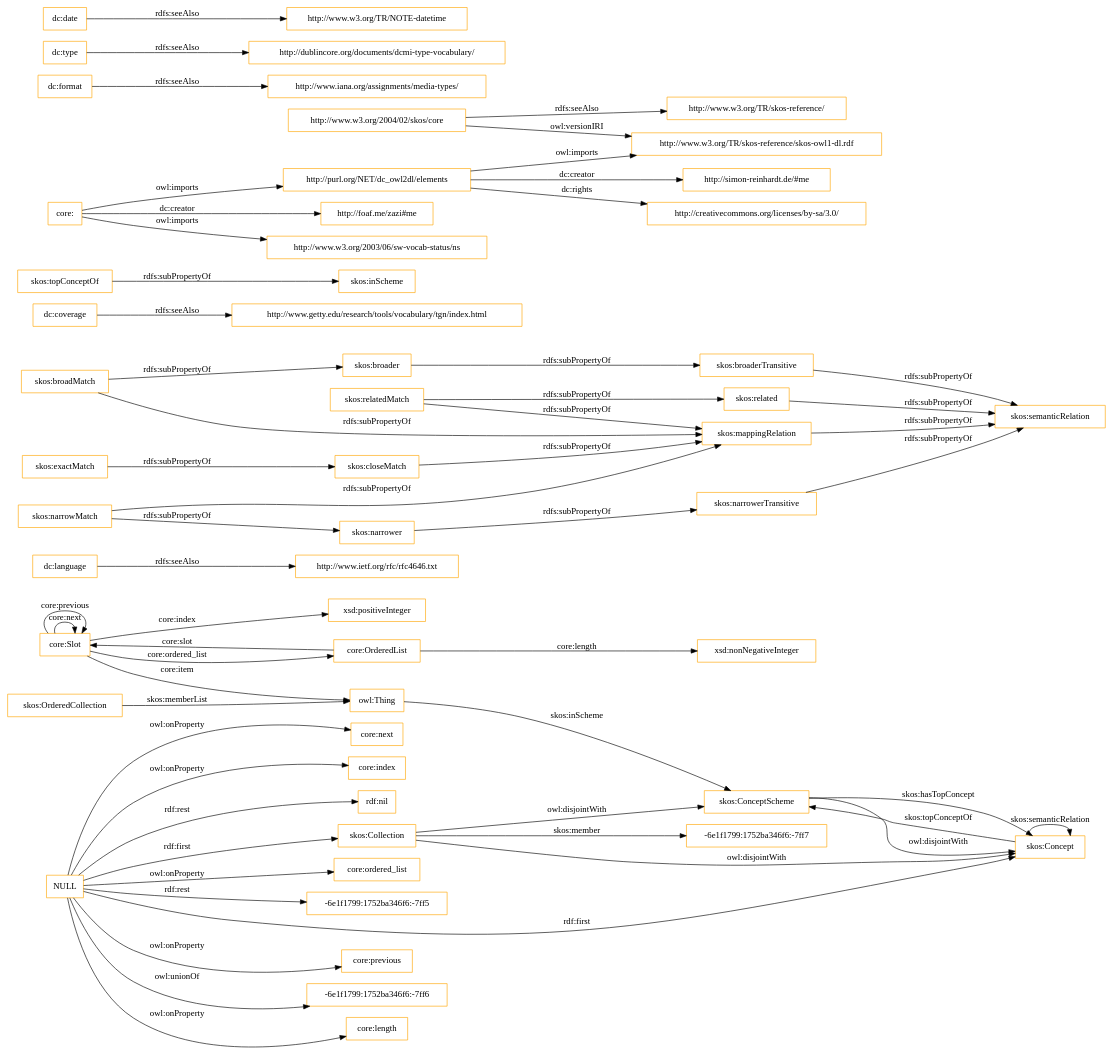
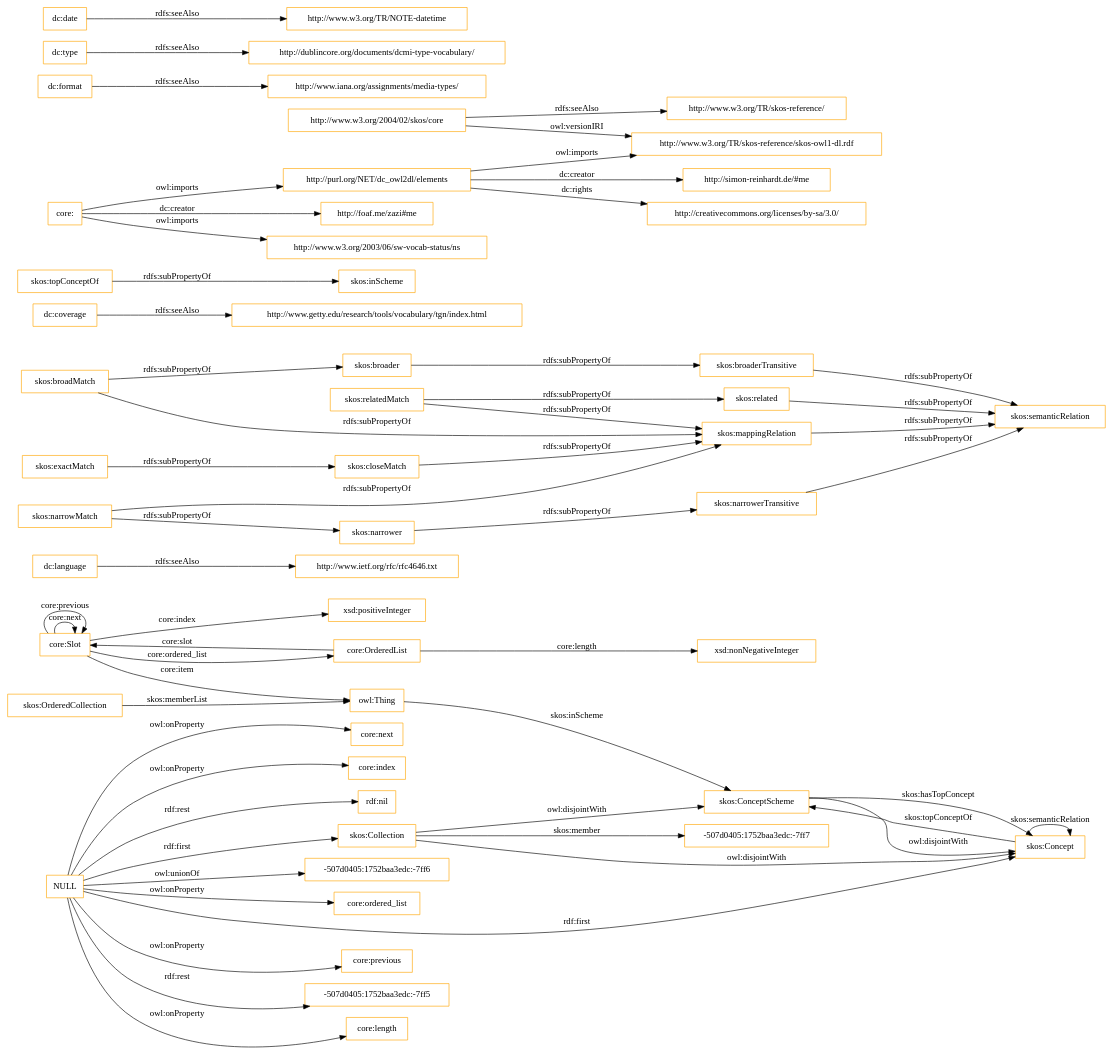
The diagram in OnToology/imports/core.owl/diagrams/ar2dtool-class/core.owl.png.dot (OnToologyUser/core-ontology-1), drawn with Graphviz before and after one commit. The commit also changed 14 other files, not shown here.

```diff
--- a/OnToology/imports/core.owl/diagrams/ar2dtool-class/core.owl.png.dot
+++ b/OnToology/imports/core.owl/diagrams/ar2dtool-class/core.owl.png.dot
@@ -1,60 +1,60 @@
 digraph ar2dtool_diagram { 
 rankdir=LR;
 size="1501"
-node [shape = rectangle, color="orange"]; "core:Slot" "core:OrderedList" "-6e1f1799:1752ba346f6:-7ff7" "skos:OrderedCollection" "skos:Collection" "skos:ConceptScheme" "skos:Concept" ; /*classes style*/
+node [shape = rectangle, color="orange"]; "core:Slot" "core:OrderedList" "-507d0405:1752baa3edc:-7ff7" "skos:OrderedCollection" "skos:Collection" "skos:ConceptScheme" "skos:Concept" ; /*classes style*/
 	"dc:language" -> "http://www.ietf.org/rfc/rfc4646.txt" [ label = "rdfs:seeAlso" ];
 	"NULL" -> "core:previous" [ label = "owl:onProperty" ];
-	"NULL" -> "-6e1f1799:1752ba346f6:-7ff6" [ label = "owl:unionOf" ];
+	"NULL" -> "-507d0405:1752baa3edc:-7ff5" [ label = "rdf:rest" ];
 	"NULL" -> "core:length" [ label = "owl:onProperty" ];
 	"NULL" -> "skos:Concept" [ label = "rdf:first" ];
 	"NULL" -> "core:next" [ label = "owl:onProperty" ];
 	"NULL" -> "core:index" [ label = "owl:onProperty" ];
 	"NULL" -> "rdf:nil" [ label = "rdf:rest" ];
+	"NULL" -> "-507d0405:1752baa3edc:-7ff6" [ label = "owl:unionOf" ];
 	"NULL" -> "core:ordered_list" [ label = "owl:onProperty" ];
-	"NULL" -> "-6e1f1799:1752ba346f6:-7ff5" [ label = "rdf:rest" ];
 	"NULL" -> "skos:Collection" [ label = "rdf:first" ];
 	"skos:closeMatch" -> "skos:mappingRelation" [ label = "rdfs:subPropertyOf" ];
 	"dc:coverage" -> "http://www.getty.edu/research/tools/vocabulary/tgn/index.html" [ label = "rdfs:seeAlso" ];
 	"skos:relatedMatch" -> "skos:related" [ label = "rdfs:subPropertyOf" ];
 	"skos:relatedMatch" -> "skos:mappingRelation" [ label = "rdfs:subPropertyOf" ];
 	"skos:ConceptScheme" -> "skos:Concept" [ label = "owl:disjointWith" ];
 	"skos:related" -> "skos:semanticRelation" [ label = "rdfs:subPropertyOf" ];
 	"skos:topConceptOf" -> "skos:inScheme" [ label = "rdfs:subPropertyOf" ];
 	"skos:broadMatch" -> "skos:broader" [ label = "rdfs:subPropertyOf" ];
 	"skos:broadMatch" -> "skos:mappingRelation" [ label = "rdfs:subPropertyOf" ];
 	"http://purl.org/NET/dc_owl2dl/elements" -> "http://www.w3.org/TR/skos-reference/skos-owl1-dl.rdf" [ label = "owl:imports" ];
 	"http://purl.org/NET/dc_owl2dl/elements" -> "http://creativecommons.org/licenses/by-sa/3.0/" [ label = "dc:rights" ];
 	"http://purl.org/NET/dc_owl2dl/elements" -> "http://simon-reinhardt.de/#me" [ label = "dc:creator" ];
 	"skos:exactMatch" -> "skos:closeMatch" [ label = "rdfs:subPropertyOf" ];
 	"dc:format" -> "http://www.iana.org/assignments/media-types/" [ label = "rdfs:seeAlso" ];
 	"core:" -> "http://foaf.me/zazi#me" [ label = "dc:creator" ];
 	"core:" -> "http://www.w3.org/2003/06/sw-vocab-status/ns" [ label = "owl:imports" ];
 	"core:" -> "http://purl.org/NET/dc_owl2dl/elements" [ label = "owl:imports" ];
 	"skos:broaderTransitive" -> "skos:semanticRelation" [ label = "rdfs:subPropertyOf" ];
 	"skos:mappingRelation" -> "skos:semanticRelation" [ label = "rdfs:subPropertyOf" ];
 	"skos:broader" -> "skos:broaderTransitive" [ label = "rdfs:subPropertyOf" ];
 	"dc:type" -> "http://dublincore.org/documents/dcmi-type-vocabulary/" [ label = "rdfs:seeAlso" ];
 	"http://www.w3.org/2004/02/skos/core" -> "http://www.w3.org/TR/skos-reference/skos-owl1-dl.rdf" [ label = "owl:versionIRI" ];
 	"http://www.w3.org/2004/02/skos/core" -> "http://www.w3.org/TR/skos-reference/" [ label = "rdfs:seeAlso" ];
 	"skos:Collection" -> "skos:ConceptScheme" [ label = "owl:disjointWith" ];
 	"skos:Collection" -> "skos:Concept" [ label = "owl:disjointWith" ];
 	"skos:narrowMatch" -> "skos:narrower" [ label = "rdfs:subPropertyOf" ];
 	"skos:narrowMatch" -> "skos:mappingRelation" [ label = "rdfs:subPropertyOf" ];
 	"skos:narrower" -> "skos:narrowerTransitive" [ label = "rdfs:subPropertyOf" ];
 	"dc:date" -> "http://www.w3.org/TR/NOTE-datetime" [ label = "rdfs:seeAlso" ];
 	"skos:narrowerTransitive" -> "skos:semanticRelation" [ label = "rdfs:subPropertyOf" ];
 	"core:Slot" -> "xsd:positiveInteger" [ label = "core:index" ];
 	"skos:Concept" -> "skos:ConceptScheme" [ label = "skos:topConceptOf" ];
 	"core:Slot" -> "owl:Thing" [ label = "core:item" ];
 	"core:OrderedList" -> "xsd:nonNegativeInteger" [ label = "core:length" ];
 	"core:OrderedList" -> "core:Slot" [ label = "core:slot" ];
-	"skos:Collection" -> "-6e1f1799:1752ba346f6:-7ff7" [ label = "skos:member" ];
+	"skos:Collection" -> "-507d0405:1752baa3edc:-7ff7" [ label = "skos:member" ];
 	"core:Slot" -> "core:Slot" [ label = "core:next" ];
 	"skos:ConceptScheme" -> "skos:Concept" [ label = "skos:hasTopConcept" ];
 	"owl:Thing" -> "skos:ConceptScheme" [ label = "skos:inScheme" ];
 	"core:Slot" -> "core:Slot" [ label = "core:previous" ];
 	"skos:OrderedCollection" -> "owl:Thing" [ label = "skos:memberList" ];
 	"skos:Concept" -> "skos:Concept" [ label = "skos:semanticRelation" ];
 	"core:Slot" -> "core:OrderedList" [ label = "core:ordered_list" ];
 
 }
```
